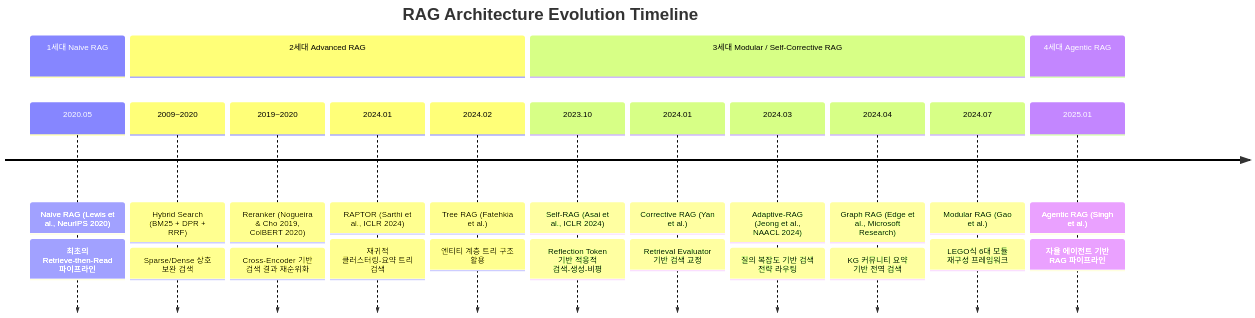
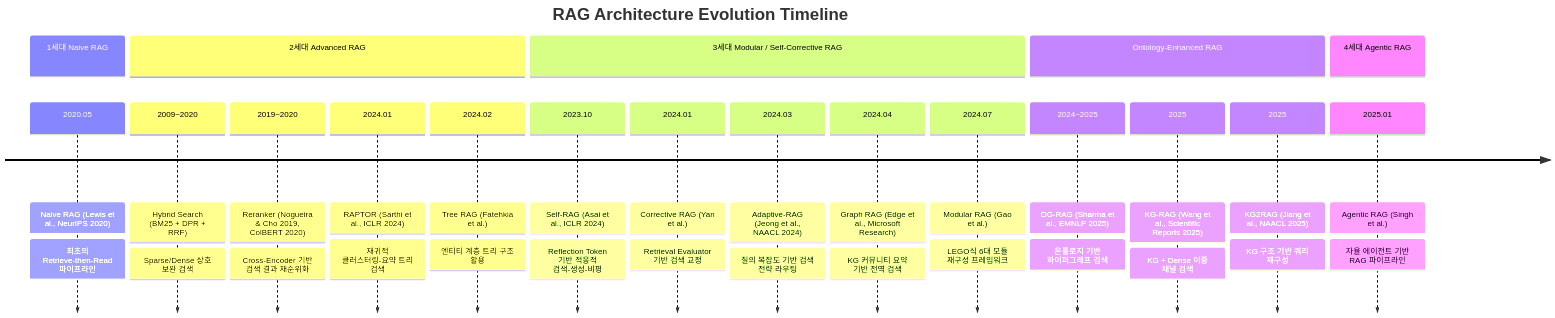
Before and after one commit to thswlsqls/tech-n-ai-backend: the first of 27 diagrams in docs/rag-architecture-evolution.md, drawn with Mermaid. The commit also changed other lines of this file, not shown here.

First line of the commit message:
docs: [main] RAG 아키텍처 발전사 문서에 Ontology-Enhanced RAG 섹션 추가

````diff
--- a/docs/rag-architecture-evolution.md
+++ b/docs/rag-architecture-evolution.md
@@ -15,30 +15,37 @@
 ```mermaid
 timeline
     title RAG Architecture Evolution Timeline
     section 1세대 Naive RAG
         2020.05 : Naive RAG (Lewis et al., NeurIPS 2020)
                 : 최초의 Retrieve-then-Read 파이프라인
     section 2세대 Advanced RAG
         2009~2020 : Hybrid Search (BM25 + DPR + RRF)
                   : Sparse/Dense 상호 보완 검색
         2019~2020 : Reranker (Nogueira & Cho 2019, ColBERT 2020)
                   : Cross-Encoder 기반 검색 결과 재순위화
         2024.01 : RAPTOR (Sarthi et al., ICLR 2024)
                 : 재귀적 클러스터링-요약 트리 검색
         2024.02 : Tree RAG (Fatehkia et al.)
                 : 엔티티 계층 트리 구조 활용
     section 3세대 Modular / Self-Corrective RAG
         2023.10 : Self-RAG (Asai et al., ICLR 2024)
                 : Reflection Token 기반 적응적 검색-생성-비평
         2024.01 : Corrective RAG (Yan et al.)
                 : Retrieval Evaluator 기반 검색 교정
         2024.03 : Adaptive-RAG (Jeong et al., NAACL 2024)
                 : 질의 복잡도 기반 검색 전략 라우팅
         2024.04 : Graph RAG (Edge et al., Microsoft Research)
                 : KG 커뮤니티 요약 기반 전역 검색
         2024.07 : Modular RAG (Gao et al.)
                 : LEGO식 6대 모듈 재구성 프레임워크
+    section Ontology-Enhanced RAG
+        2024~2025 : OG-RAG (Sharma et al., EMNLP 2025)
+                  : 온톨로지 기반 하이퍼그래프 검색
+        2025 : KG-RAG (Wang et al., Scientific Reports 2025)
+             : KG + Dense 이중 채널 검색
+        2025 : KG2RAG (Jiang et al., NAACL 2025)
+             : KG 구조 기반 쿼리 재구성
     section 4세대 Agentic RAG
         2025.01 : Agentic RAG (Singh et al.)
                 : 자율 에이전트 기반 RAG 파이프라인
 ```
````
